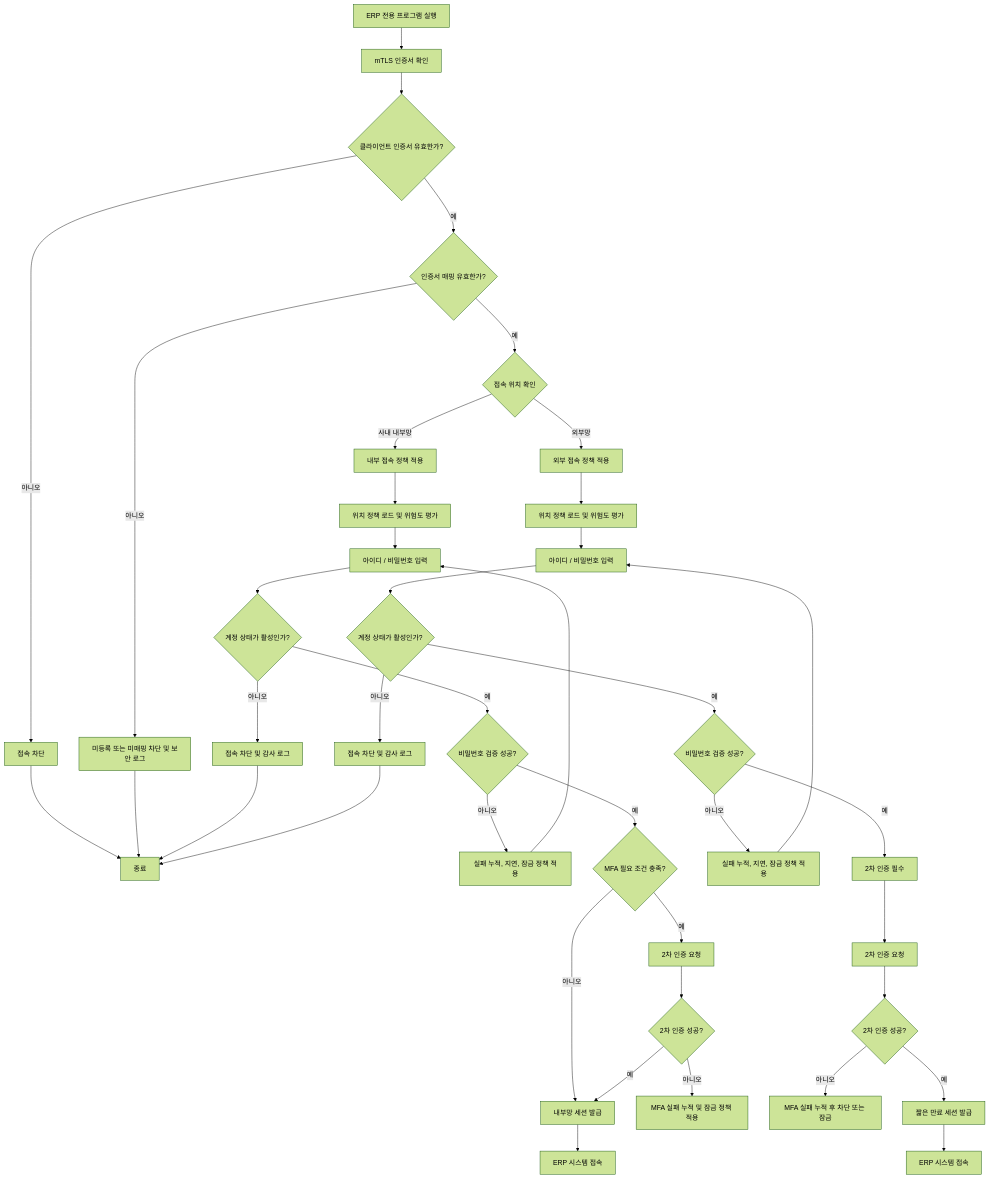
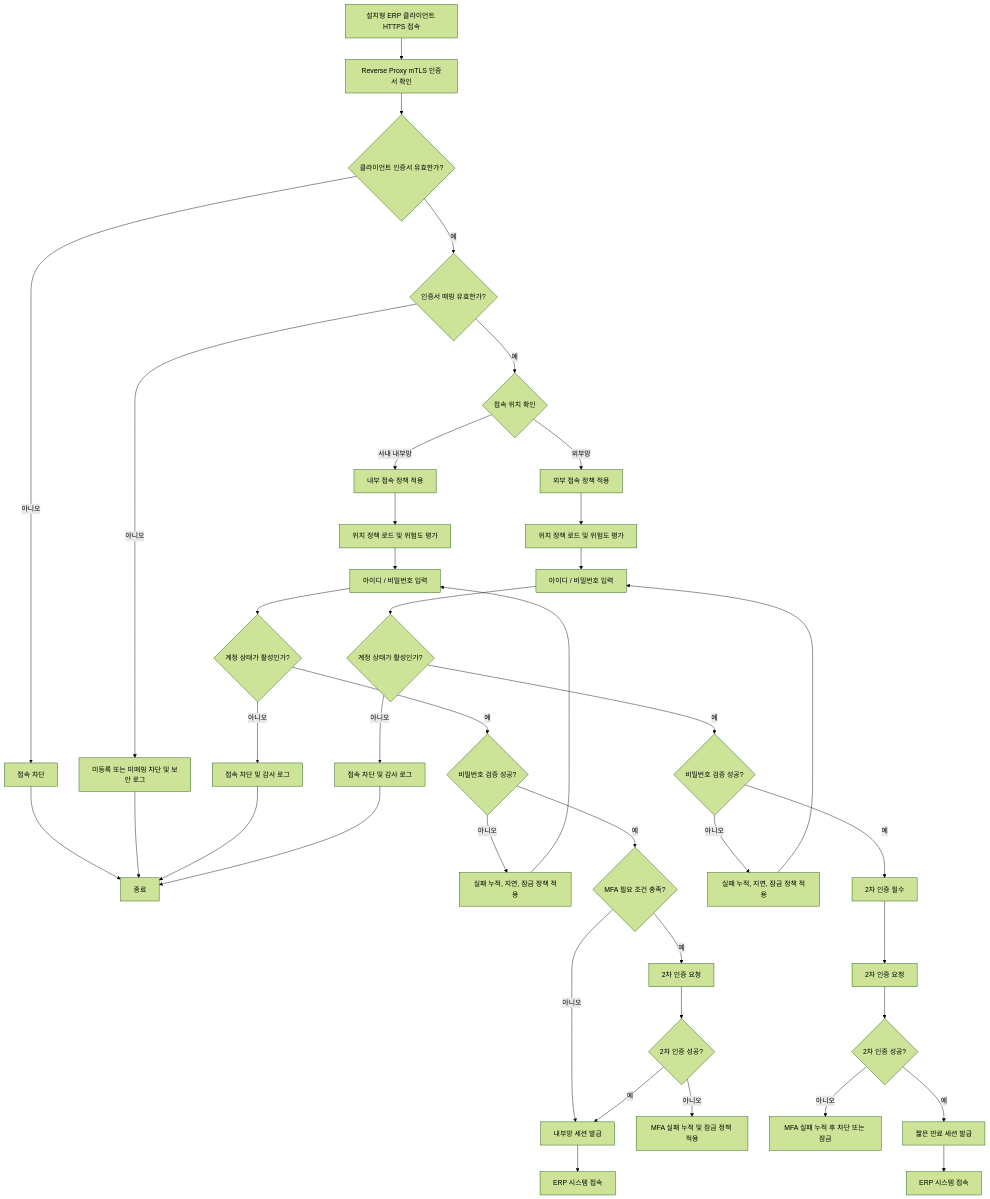
Before and after one commit to hayounggwang6684/MyErp: the diagram in docs/security/02-login-authentication.md, drawn with Mermaid (forest theme). The commit also changed other lines of this file and 61 other files, not shown here.

````diff
--- a/docs/security/02-login-authentication.md
+++ b/docs/security/02-login-authentication.md
@@ -46,57 +47,57 @@
 ```mermaid
 flowchart TD
 
-A[ERP 전용 프로그램 실행] --> B[mTLS 인증서 확인]
+A[설치형 ERP 클라이언트 HTTPS 접속] --> B[Reverse Proxy mTLS 인증서 확인]
 
 B --> C{클라이언트 인증서 유효한가?}
 
 C -->|아니오| C1[접속 차단] --> Z[종료]
 C -->|예| D{인증서 매핑 유효한가?}
 
 D -->|아니오| D1[미등록 또는 미매핑 차단 및 보안 로그] --> Z
 D -->|예| E{접속 위치 확인}
 
 E -->|사내 내부망| I1[내부 접속 정책 적용]
 E -->|외부망| E1[외부 접속 정책 적용]
 
 %% 내부망 흐름
 I1 --> I2[위치 정책 로드 및 위험도 평가]
 I2 --> I3[아이디 / 비밀번호 입력]
 I3 --> I4{계정 상태가 활성인가?}
 
 I4 -->|아니오| I5[접속 차단 및 감사 로그] --> Z
 I4 -->|예| I6{비밀번호 검증 성공?}
 
 I6 -->|아니오| I7[실패 누적, 지연, 잠금 정책 적용] --> I3
 I6 -->|예| I8{MFA 필요 조건 충족?}
 
 I8 -->|아니오| I9[내부망 세션 발급]
 I8 -->|예| I10[2차 인증 요청]
 
 I10 --> I11{2차 인증 성공?}
 
 I11 -->|아니오| I12[MFA 실패 누적 및 잠금 정책 적용]
 I11 -->|예| I9
 
 I9 --> I13[ERP 시스템 접속]
 
 %% 외부망 흐름
 E1 --> E2[위치 정책 로드 및 위험도 평가]
 E2 --> E3[아이디 / 비밀번호 입력]
 E3 --> E4{계정 상태가 활성인가?}
 
 E4 -->|아니오| E5[접속 차단 및 감사 로그] --> Z
 E4 -->|예| E6{비밀번호 검증 성공?}
 
 E6 -->|아니오| E7[실패 누적, 지연, 잠금 정책 적용] --> E3
 E6 -->|예| E8[2차 인증 필수]
 
 E8 --> E9[2차 인증 요청]
 
 E9 --> E10{2차 인증 성공?}
 
 E10 -->|아니오| E11[MFA 실패 누적 후 차단 또는 잠금]
 E10 -->|예| E12[짧은 만료 세션 발급]
 
 E12 --> E13[ERP 시스템 접속]
 ```
````
